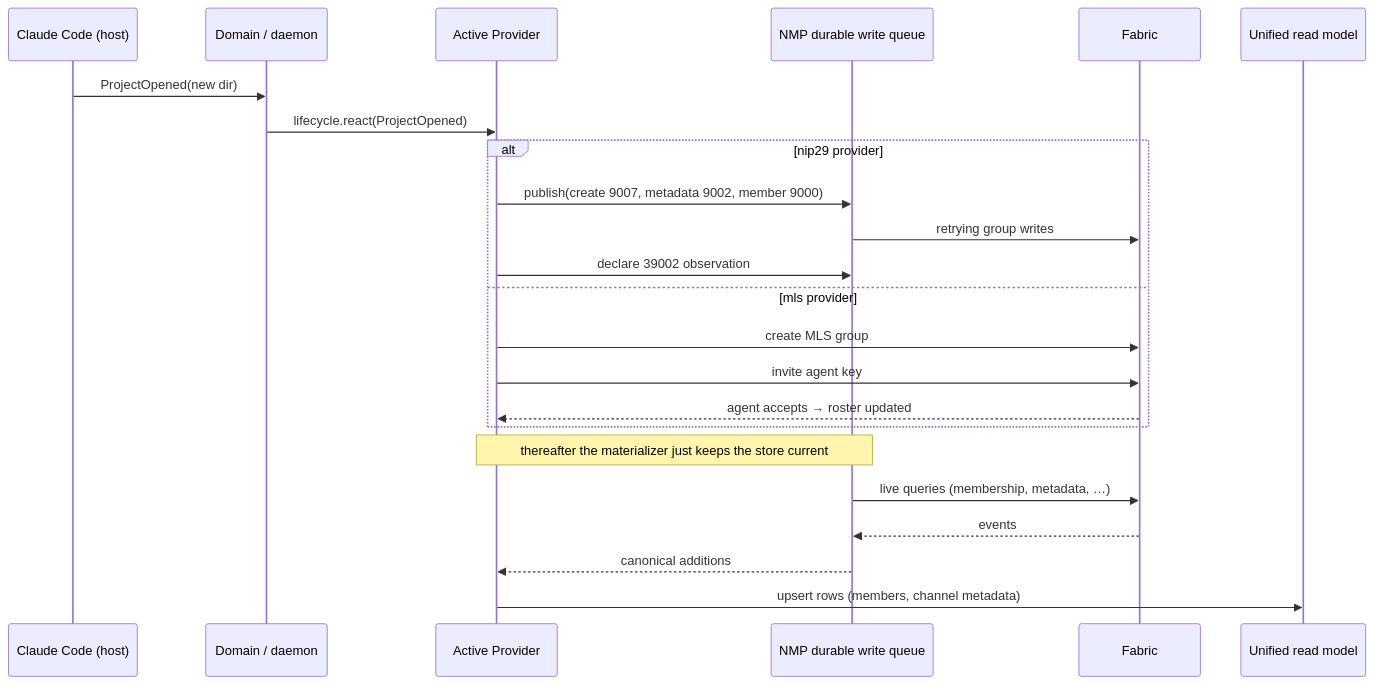
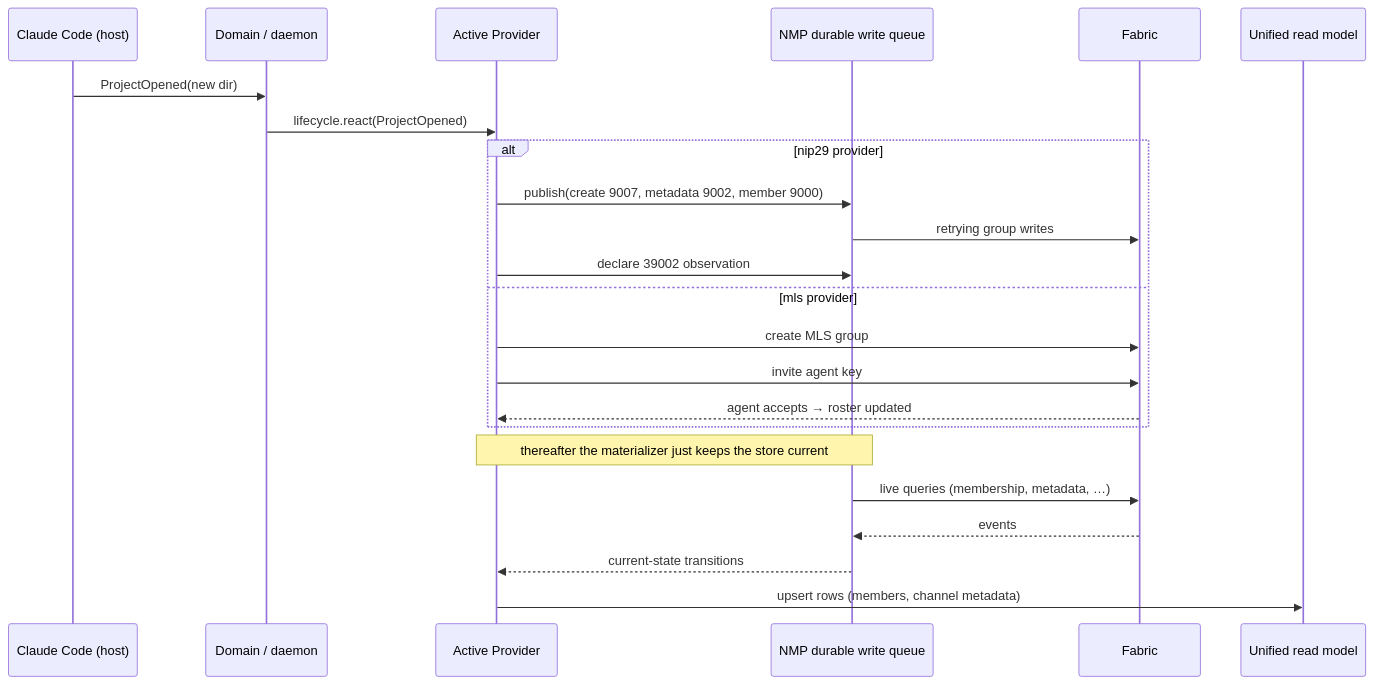
One commit to pablof7z/mosaico changed the fifth of 6 diagrams in docs/fabric-architecture.md. Above: the diagram before and after it, drawn with Mermaid. The commit also changed other lines of this file and 26 other files, not shown here.

````diff
--- a/docs/fabric-architecture.md
+++ b/docs/fabric-architecture.md
@@ -320,29 +320,29 @@
 ```mermaid
 sequenceDiagram
     participant CC as Claude Code (host)
     participant DOM as Domain / daemon
     participant P as Active Provider
     participant NMP as NMP durable write queue
     participant FAB as Fabric
     participant STORE as Unified read model
 
     CC->>DOM: ProjectOpened(new dir)
     DOM->>P: lifecycle.react(ProjectOpened)
 
     alt nip29 provider
         P->>NMP: publish(create 9007, metadata 9002, member 9000)
         NMP->>FAB: retrying group writes
         %% NMP observes 39002 members and keeps admission live
         P->>NMP: declare 39002 observation
     else mls provider
         P->>FAB: create MLS group
         P->>FAB: invite agent key
         FAB-->>P: agent accepts → roster updated
     end
 
     Note over P,NMP: thereafter the materializer just keeps the store current
     NMP->>FAB: live queries (membership, metadata, …)
     FAB-->>NMP: events
-    NMP-->>P: canonical additions
+    NMP-->>P: current-state transitions
     P->>STORE: upsert rows (members, channel metadata)
 ```
````
